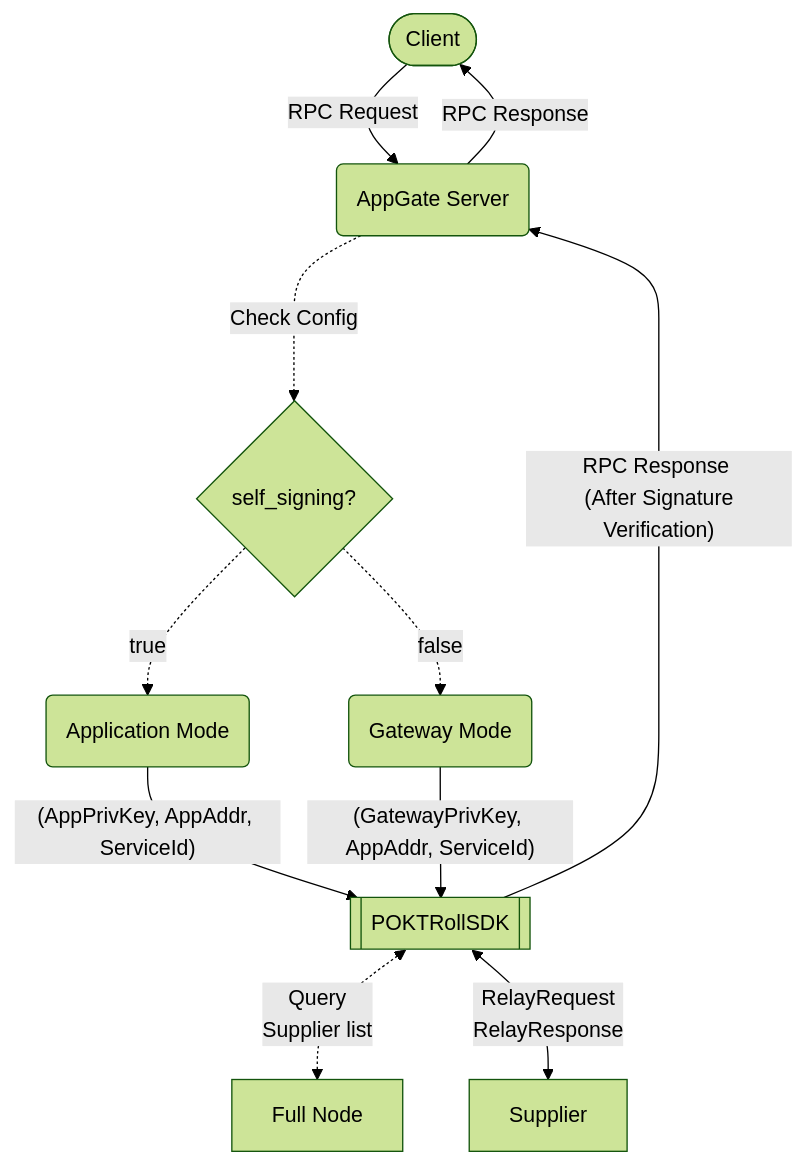
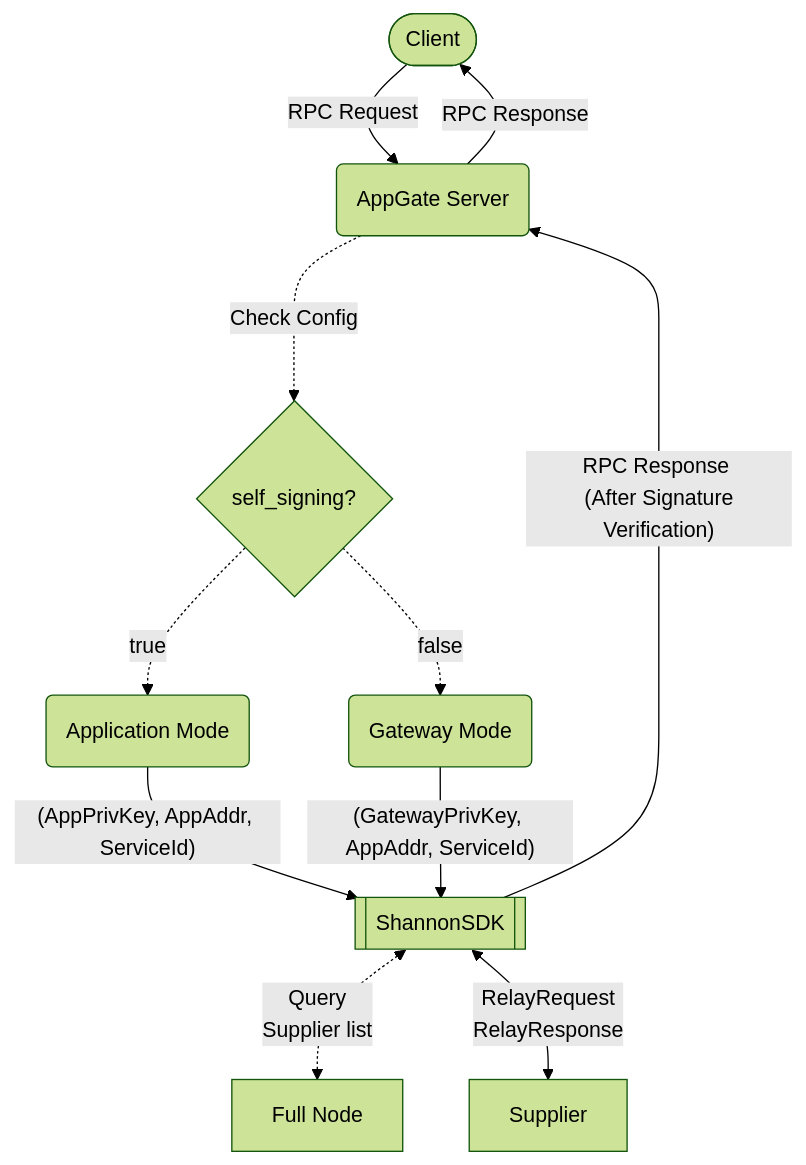
Before and after one commit to pokt-network/poktroll: the diagram in docusaurus/docs/develop/packages/appgate_server.md, drawn with Mermaid (forest theme). The commit also changed other lines of this file and 1 other file, not shown here.

Commit message:
Update outdated shannon SDK docs

````diff
--- a/docusaurus/docs/develop/packages/appgate_server.md
+++ b/docusaurus/docs/develop/packages/appgate_server.md
@@ -30,22 +30,22 @@
 ```mermaid
 flowchart TB
     Client([Client])
     AGS(AppGate Server)
-    SDK[[POKTRollSDK]]
+    SDK[[ShannonSDK]]
     FN[Full Node]
     S[Supplier]
 
     Client -- RPC Request --> AGS
     AGS -- RPC Response --> Client
 
     AGS -..-> |Check Config| Mode{self_signing?}
     Mode -. true .-> ApplicationMode(Application Mode)
     Mode -. false .-> GatewayMode(Gateway Mode)
 
     ApplicationMode -- (AppPrivKey, AppAddr, ServiceId) --> SDK
     GatewayMode -- (GatewayPrivKey, AppAddr, ServiceId) --> SDK
 
     SDK <-. Query \n Supplier list .-> FN
     SDK <-- RelayRequest \n RelayResponse --> S
     SDK -- RPC Response \n (After Signature Verification) --> AGS
 ```
````
